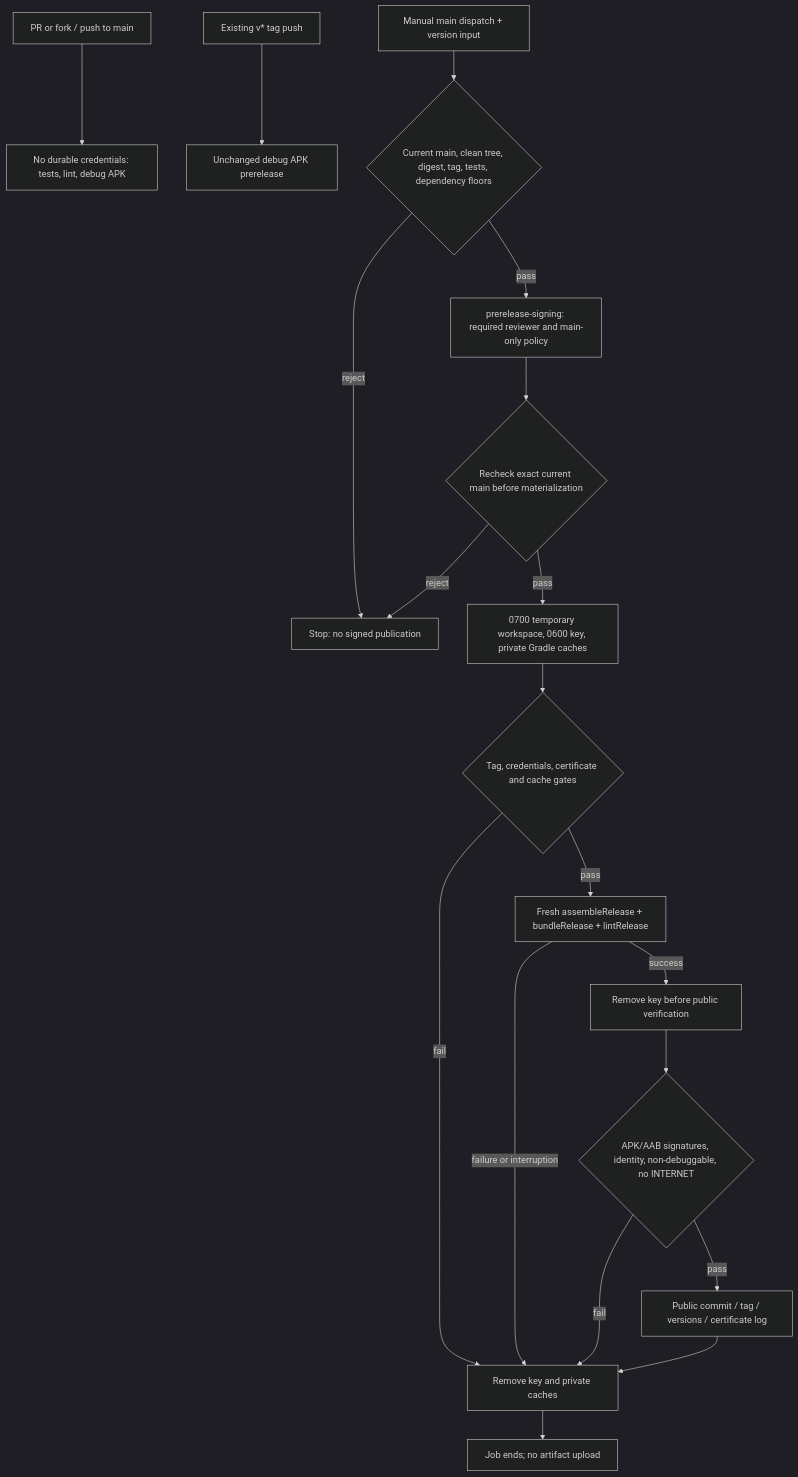
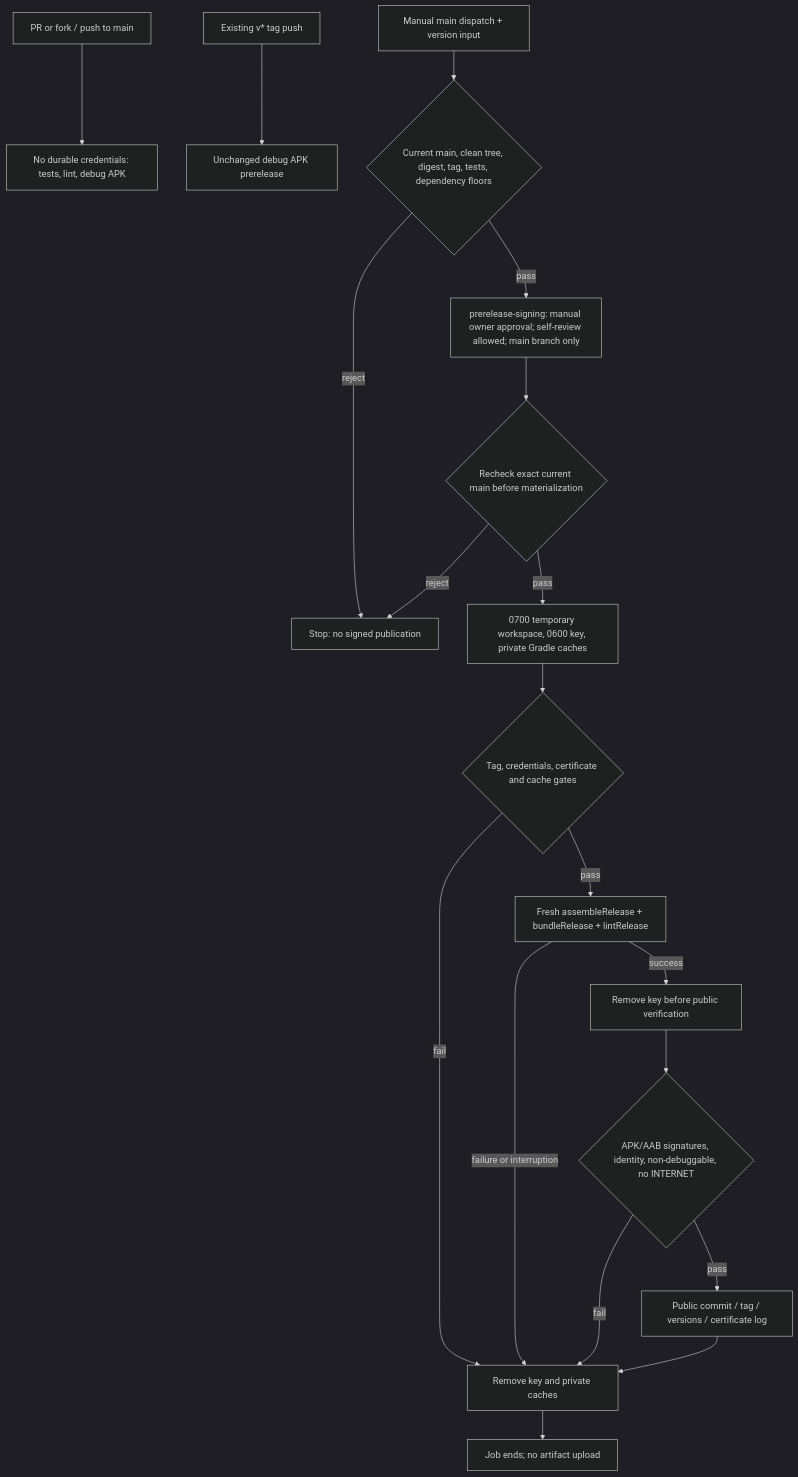
Before and after one commit to mcasillas17/WebSnag: the diagram in docs/releasing.md, drawn with Mermaid (dark theme). The commit also changed other lines of this file and 3 other files, not shown here.

First line of the commit message:
docs(release): record approved solo-maintainer signing policy (#46)

````diff
--- a/docs/releasing.md
+++ b/docs/releasing.md
@@ -37,21 +46,21 @@
 ```mermaid
 flowchart TD
     PR["PR or fork / push to main"] --> CI["No durable credentials: tests, lint, debug APK"]
     TAG["Existing v* tag push"] --> DEBUG["Unchanged debug APK prerelease"]
     MAIN["Manual main dispatch + version input"] --> PREFLIGHT{"Current main, clean tree, digest, tag, tests, dependency floors"}
     PREFLIGHT -->|reject| STOP["Stop: no signed publication"]
-    PREFLIGHT -->|pass| APPROVE["prerelease-signing: required reviewer and main-only policy"]
+    PREFLIGHT -->|pass| APPROVE["prerelease-signing: manual owner approval; self-review allowed; main branch only"]
     APPROVE --> RECHECK{"Recheck exact current main before materialization"}
     RECHECK -->|reject| STOP
     RECHECK -->|pass| TEMP["0700 temporary workspace, 0600 key, private Gradle caches"]
     TEMP --> INPUTS{"Tag, credentials, certificate and cache gates"}
     INPUTS -->|pass| BUILD["Fresh assembleRelease + bundleRelease + lintRelease"]
     INPUTS -->|fail| CLEAN["Remove key and private caches"]
     BUILD -->|failure or interruption| CLEAN
     BUILD -->|success| UNLINK["Remove key before public verification"]
     UNLINK --> VERIFY{"APK/AAB signatures, identity, non-debuggable, no INTERNET"}
     VERIFY -->|pass| PROOF["Public commit / tag / versions / certificate log"]
     VERIFY -->|fail| CLEAN
     PROOF --> CLEAN
     CLEAN --> END["Job ends; no artifact upload"]
 ```
````
